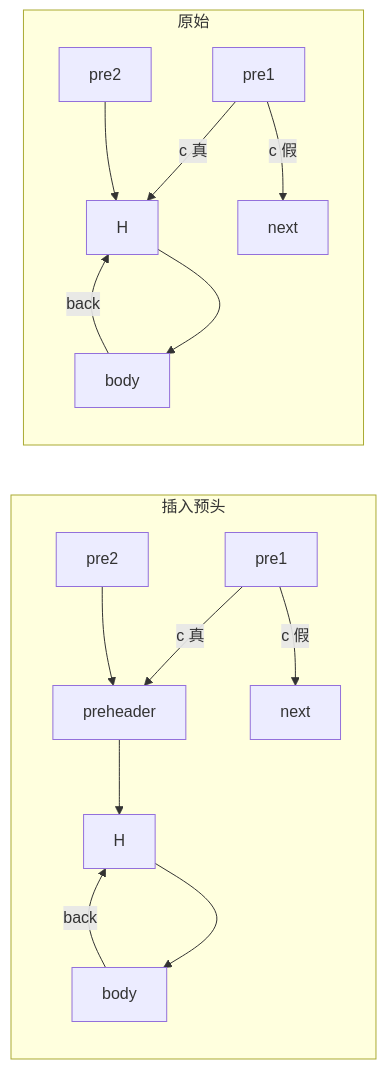
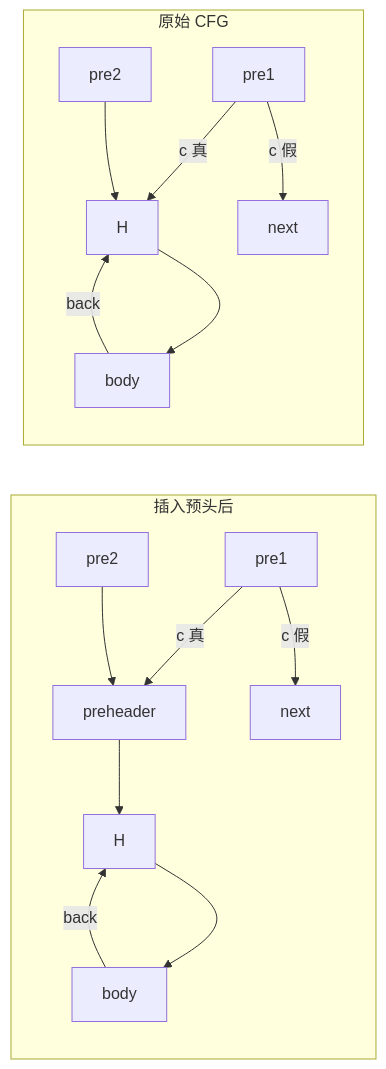
One commit to lightsmilew/compiler-principles changed the second of 4 diagrams in docs/optim/ir-licm.md. Above: the diagram before and after it, drawn with Mermaid. The commit also changed other lines of this file and 32 other files, not shown here.

Commit message:
docs: unify assessment flow and submission guidance

````diff
--- a/docs/optim/ir-licm.md
+++ b/docs/optim/ir-licm.md
@@ -54,22 +53,20 @@
 ```mermaid
-%% 两块面板上下排布：Mermaid 会把后写的子图放在上方，因此这里先写「插入预头」，
-%% 渲染出来才是上=原始、下=插入预头；面板内部再竖排，整图不会被横向拉长而缩小。
 flowchart LR
-  subgraph 插入预头
+  subgraph After["插入预头后"]
     direction TB
     A3[pre1] -- c 真 --> PH[preheader]
     A3 -- c 假 --> N2[next]
     A4[pre2] --> PH
     PH --> H2[H]
     H2 --> B2[body]
     B2 -- back --> H2
   end
-  subgraph 原始
+  subgraph Before["原始 CFG"]
     direction TB
     A1[pre1] -- c 真 --> H1[H]
     A1 -- c 假 --> N[next]
     A2[pre2] --> H1
     H1 --> B1[body]
     B1 -- back --> H1
   end
 ```
````
